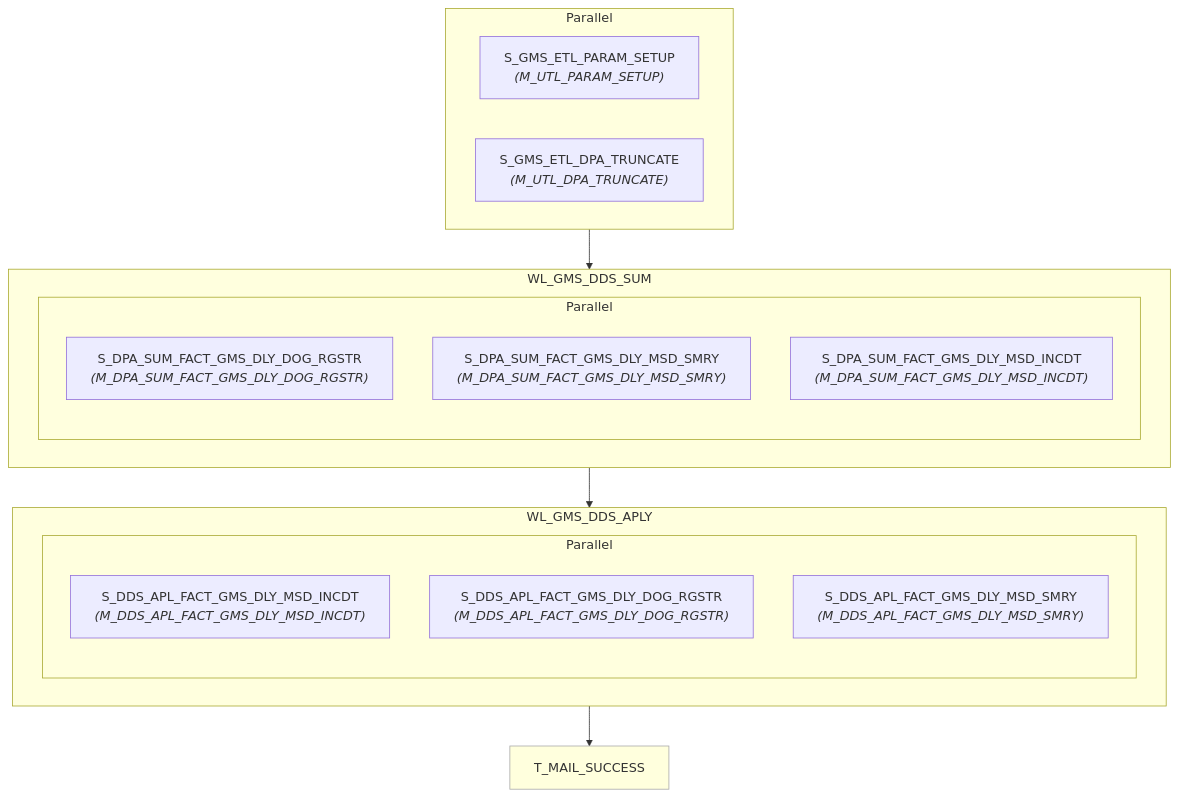
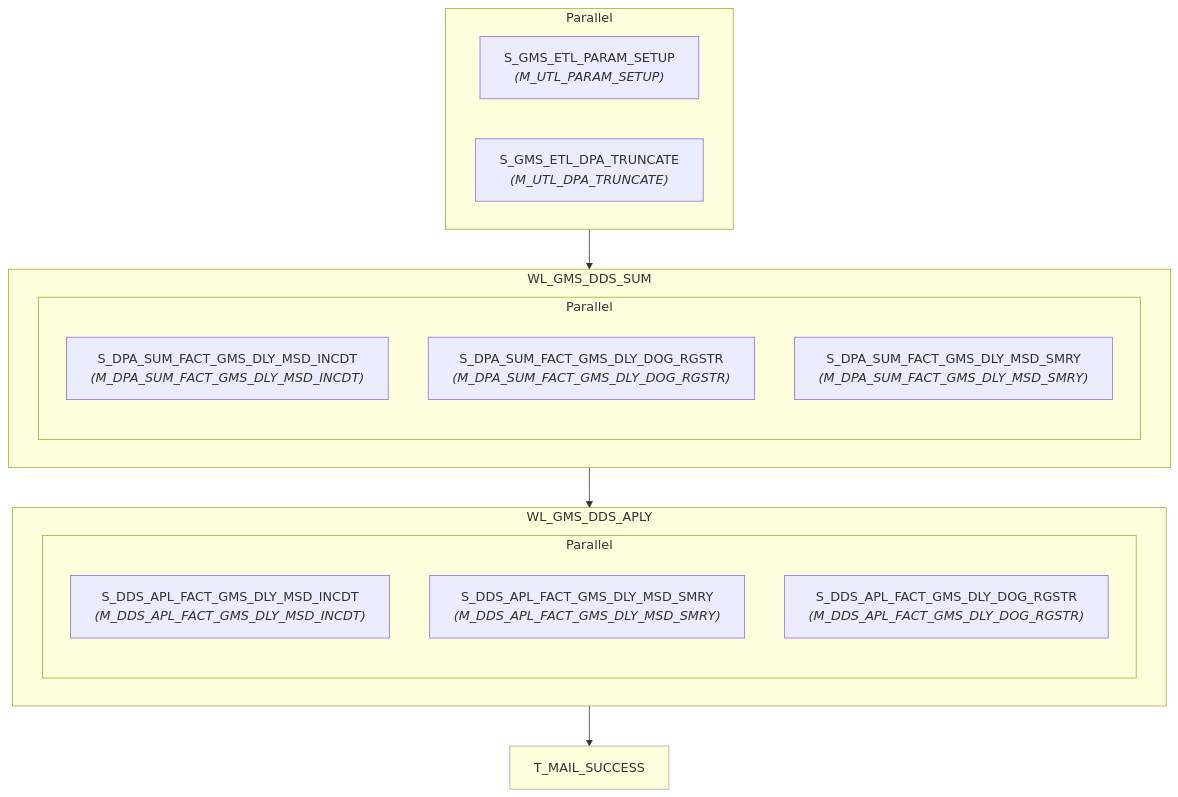
The diagram in informatica/PowerCenter_workflows/dds/WF_GMS_DDS_APLY_DLY_SPARK/wf_gms_dds_aply_dly.md (asl-adamxu/informatica-sparker-poc), drawn with Mermaid before and after one commit. The commit also changed 30 other files, not shown here.

````diff
--- a/informatica/PowerCenter_workflows/dds/WF_GMS_DDS_APLY_DLY_SPARK/wf_gms_dds_aply_dly.md
+++ b/informatica/PowerCenter_workflows/dds/WF_GMS_DDS_APLY_DLY_SPARK/wf_gms_dds_aply_dly.md
@@ -7,34 +7,34 @@
 ```mermaid
 flowchart TD
     n1["S_GMS_ETL_PARAM_SETUP<br/><i>(M_UTL_PARAM_SETUP)</i>"]
     n2["S_GMS_ETL_DPA_TRUNCATE<br/><i>(M_UTL_DPA_TRUNCATE)</i>"]
     subgraph pg3[Parallel]
         n1
         n2
     end
     subgraph wkl4["WL_GMS_DDS_SUM"]
-    n5["S_DPA_SUM_FACT_GMS_DLY_DOG_RGSTR<br/><i>(M_DPA_SUM_FACT_GMS_DLY_DOG_RGSTR)</i>"]
-    n6["S_DPA_SUM_FACT_GMS_DLY_MSD_SMRY<br/><i>(M_DPA_SUM_FACT_GMS_DLY_MSD_SMRY)</i>"]
-    n7["S_DPA_SUM_FACT_GMS_DLY_MSD_INCDT<br/><i>(M_DPA_SUM_FACT_GMS_DLY_MSD_INCDT)</i>"]
+    n5["S_DPA_SUM_FACT_GMS_DLY_MSD_INCDT<br/><i>(M_DPA_SUM_FACT_GMS_DLY_MSD_INCDT)</i>"]
+    n6["S_DPA_SUM_FACT_GMS_DLY_DOG_RGSTR<br/><i>(M_DPA_SUM_FACT_GMS_DLY_DOG_RGSTR)</i>"]
+    n7["S_DPA_SUM_FACT_GMS_DLY_MSD_SMRY<br/><i>(M_DPA_SUM_FACT_GMS_DLY_MSD_SMRY)</i>"]
     subgraph pg8[Parallel]
         n5
         n6
         n7
     end
     end
     subgraph wkl9["WL_GMS_DDS_APLY"]
     n10["S_DDS_APL_FACT_GMS_DLY_MSD_INCDT<br/><i>(M_DDS_APL_FACT_GMS_DLY_MSD_INCDT)</i>"]
-    n11["S_DDS_APL_FACT_GMS_DLY_DOG_RGSTR<br/><i>(M_DDS_APL_FACT_GMS_DLY_DOG_RGSTR)</i>"]
-    n12["S_DDS_APL_FACT_GMS_DLY_MSD_SMRY<br/><i>(M_DDS_APL_FACT_GMS_DLY_MSD_SMRY)</i>"]
+    n11["S_DDS_APL_FACT_GMS_DLY_MSD_SMRY<br/><i>(M_DDS_APL_FACT_GMS_DLY_MSD_SMRY)</i>"]
+    n12["S_DDS_APL_FACT_GMS_DLY_DOG_RGSTR<br/><i>(M_DDS_APL_FACT_GMS_DLY_DOG_RGSTR)</i>"]
     subgraph pg13[Parallel]
         n10
         n11
         n12
     end
     end
     n14["T_MAIL_SUCCESS"]
     style n14 fill:#ffd,stroke:#aaa,stroke-width:1px
     pg3 --> wkl4
     wkl4 --> wkl9
     wkl9 --> n14
 ```
````
